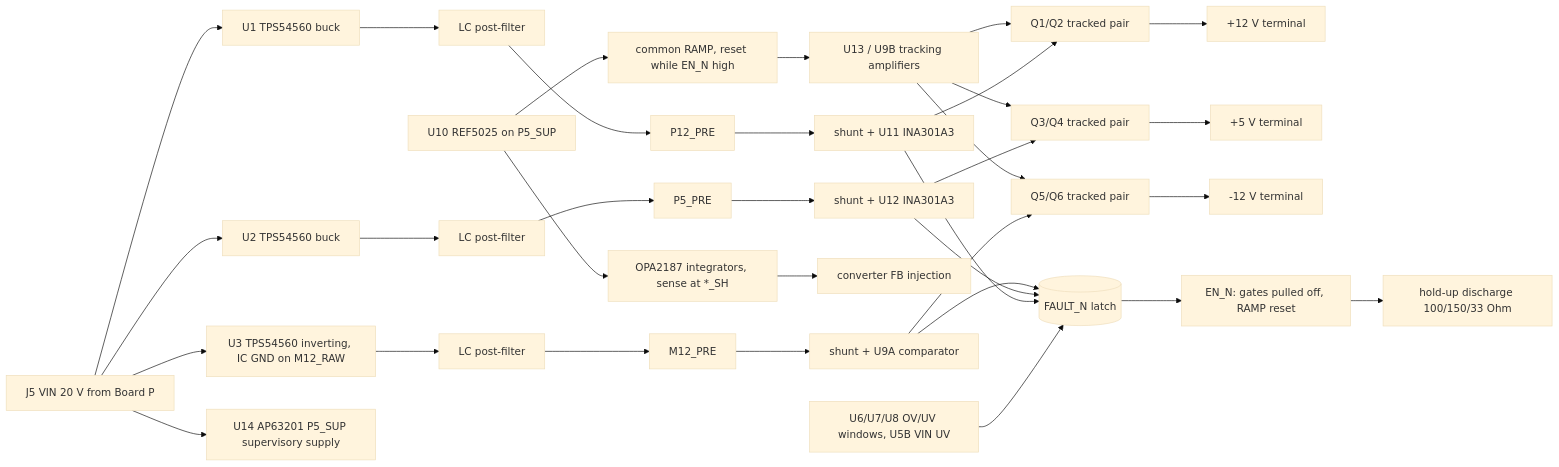
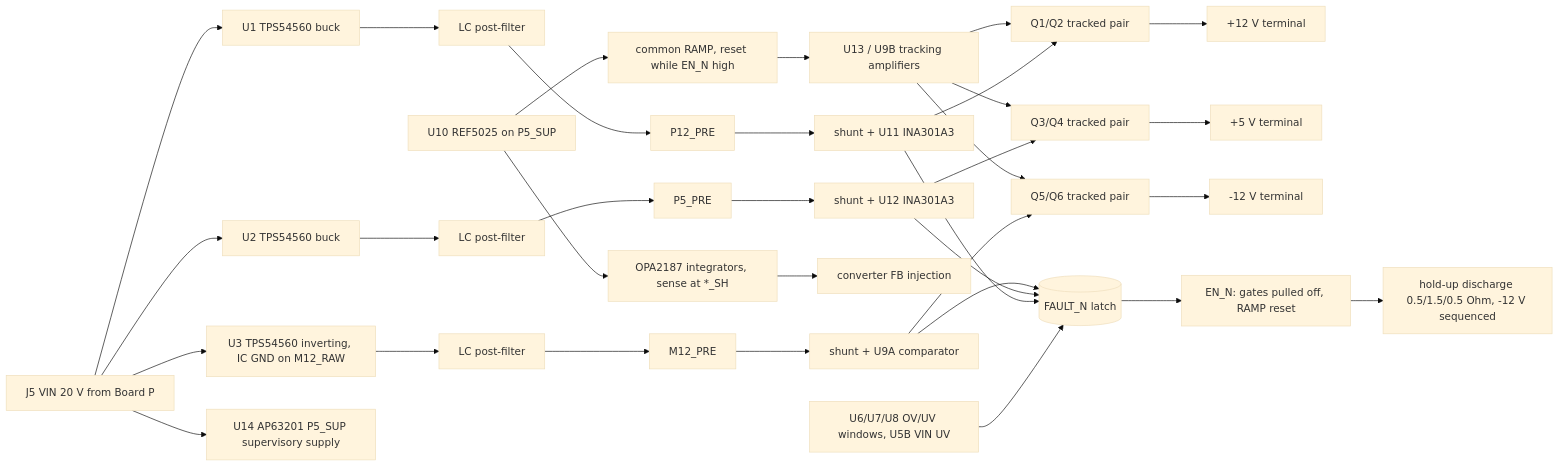
Before and after one commit to Takazudo/zudo-pd: the diagram in manufacturing/board-b-20v-switcher-direct-draft.md, drawn with Mermaid (base theme). The commit also changed other lines of this file and 84 other files, not shown here.

First line of the commit message:
design(b20): adopt the D2 fast discharge and discrete -12 V sequencer

````diff
--- a/manufacturing/board-b-20v-switcher-direct-draft.md
+++ b/manufacturing/board-b-20v-switcher-direct-draft.md
@@ -31,19 +31,19 @@
 ```mermaid
 flowchart LR
   VIN[J5 VIN 20 V from Board P] --> U1[U1 TPS54560 buck] --> F1[LC post-filter] --> P12[P12_PRE]
   VIN --> U2[U2 TPS54560 buck] --> F2[LC post-filter] --> P5[P5_PRE]
   VIN --> U3[U3 TPS54560 inverting, IC GND on M12_RAW] --> F3[LC post-filter] --> M12[M12_PRE]
   VIN --> U14[U14 AP63201 P5_SUP supervisory supply]
   P12 --> SH1[shunt + U11 INA301A3] --> SW1[Q1/Q2 tracked pair] --> O12[+12 V terminal]
   P5 --> SH2[shunt + U12 INA301A3] --> SW2[Q3/Q4 tracked pair] --> O5[+5 V terminal]
   M12 --> SH3[shunt + U9A comparator] --> SW3[Q5/Q6 tracked pair] --> OM12[-12 V terminal]
   REF[U10 REF5025 on P5_SUP] --> SERVO[OPA2187 integrators, sense at *_SH] --> FB[converter FB injection]
   REF --> RAMP[common RAMP, reset while EN_N high] --> TRK[U13 / U9B tracking amplifiers] --> SW1
   TRK --> SW2
   TRK --> SW3
   WIN[U6/U7/U8 OV/UV windows, U5B VIN UV] --> FLT[(FAULT_N latch)]
   SH1 --> FLT
   SH2 --> FLT
   SH3 --> FLT
-  FLT --> EN[EN_N: gates pulled off, RAMP reset] --> DIS[hold-up discharge 100/150/33 Ohm]
+  FLT --> EN[EN_N: gates pulled off, RAMP reset] --> DIS[hold-up discharge 0.5/1.5/0.5 Ohm, -12 V sequenced]
 ```
````
